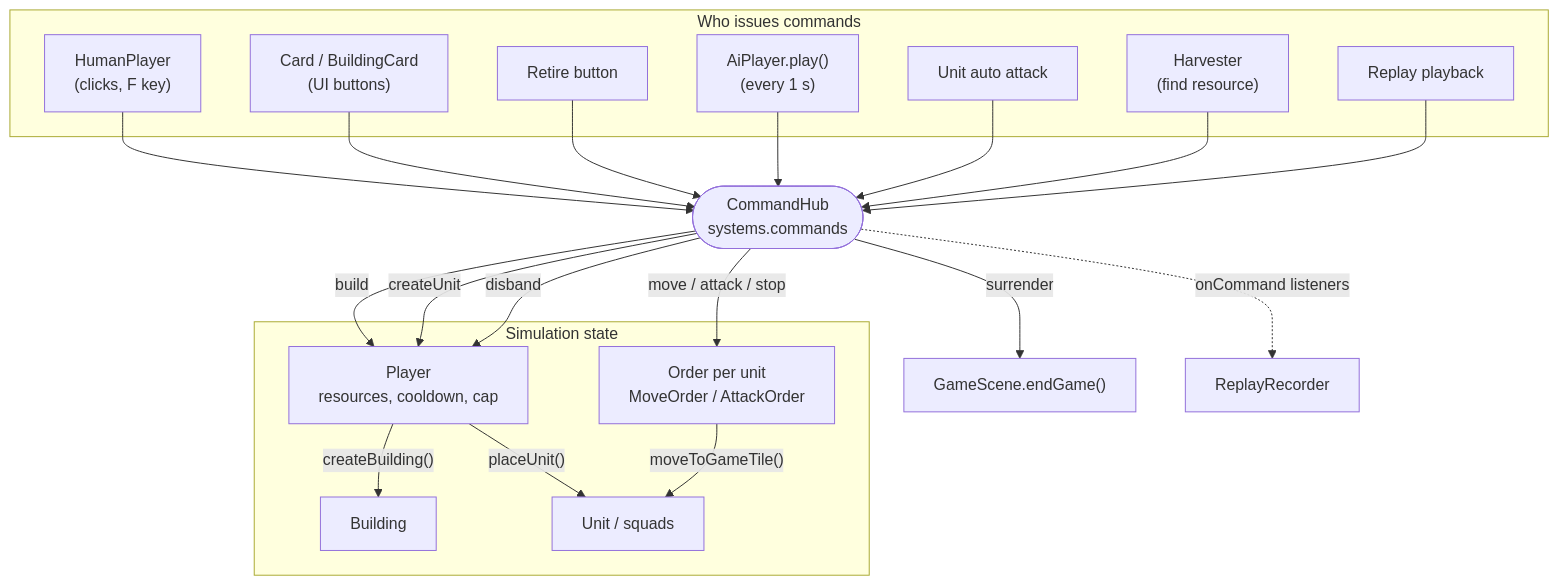
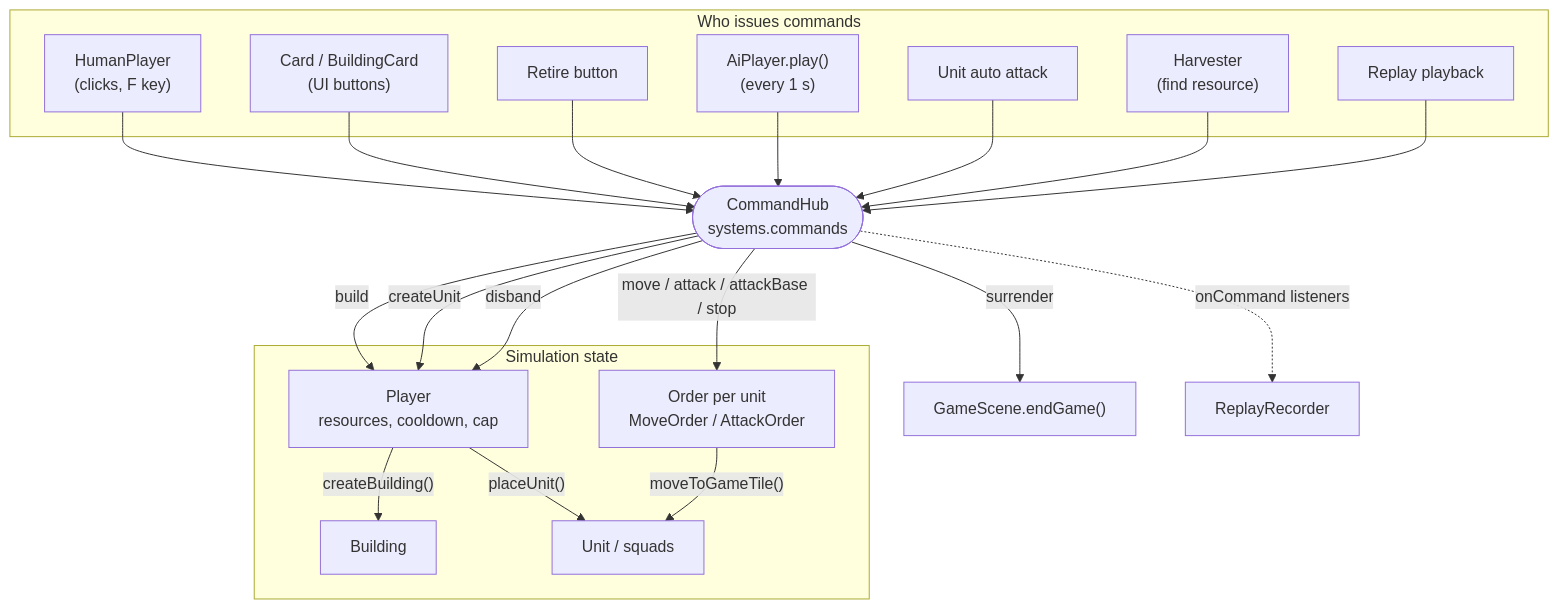
Before and after one commit to wahur666/slavir: the first of 5 diagrams in docs/architecture.md, drawn with Mermaid. The commit also changed other lines of this file and 28 other files, not shown here.

````diff
--- a/docs/architecture.md
+++ b/docs/architecture.md
@@ -9,39 +9,39 @@
 ```mermaid
 flowchart TB
     subgraph Input["Who issues commands"]
         HP["HumanPlayer<br/>(clicks, F key)"]
         Cards["Card / BuildingCard<br/>(UI buttons)"]
         Retire["Retire button"]
         AI["AiPlayer.play()<br/>(every 1 s)"]
         Auto["Unit auto attack"]
         Harv["Harvester<br/>(find resource)"]
         Replay["Replay playback"]
     end
 
     Hub(["CommandHub<br/>systems.commands"])
 
     subgraph Sim["Simulation state"]
         Player["Player<br/>resources, cooldown, cap"]
         Buildings["Building"]
         Units["Unit / squads"]
         Orders["Order per unit<br/>MoveOrder / AttackOrder"]
     end
 
     HP --> Hub
     Cards --> Hub
     Retire --> Hub
     AI --> Hub
     Auto --> Hub
     Harv --> Hub
     Replay --> Hub
 
     Hub -- "build" --> Player
     Hub -- "createUnit" --> Player
     Player -- "createBuilding()" --> Buildings
     Player -- "placeUnit()" --> Units
-    Hub -- "move / attack / stop" --> Orders
+    Hub -- "move / attack / attackBase / stop" --> Orders
     Orders -- "moveToGameTile()" --> Units
     Hub -- "disband" --> Player
     Hub -- "surrender" --> Scene["GameScene.endGame()"]
     Hub -. "onCommand listeners" .-> Rec["ReplayRecorder"]
 ```
````
